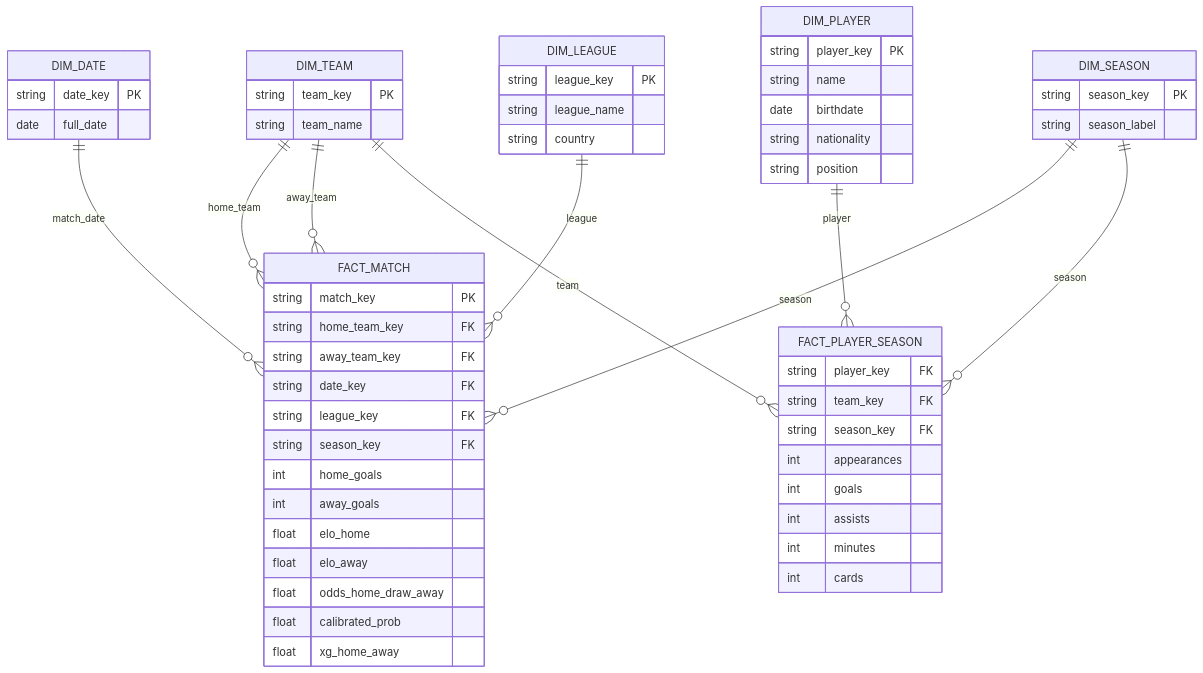
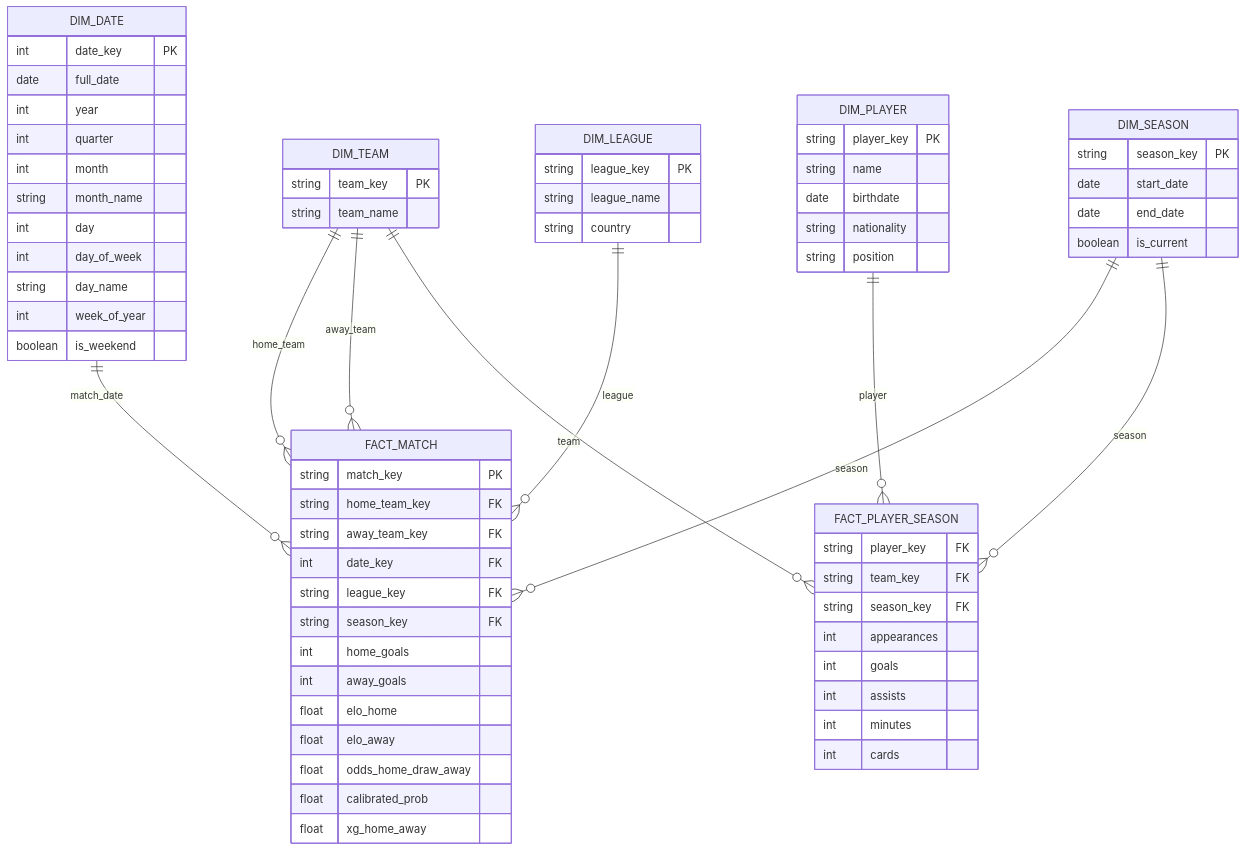
The second of 2 diagrams in README.md (adamwillner/stryktipset-project-databricks), drawn with Mermaid before and after one commit. The commit also changed other lines of this file and 2 other files, not shown here.

Commit message:
Updated readme and context

````diff
--- a/README.md
+++ b/README.md
@@ -17,62 +17,73 @@
 ```mermaid
 erDiagram
     DIM_TEAM ||--o{ FACT_MATCH : "home_team"
     DIM_TEAM ||--o{ FACT_MATCH : "away_team"
     DIM_DATE ||--o{ FACT_MATCH : "match_date"
     DIM_LEAGUE ||--o{ FACT_MATCH : "league"
     DIM_SEASON ||--o{ FACT_MATCH : "season"
 
     DIM_PLAYER ||--o{ FACT_PLAYER_SEASON : "player"
     DIM_TEAM ||--o{ FACT_PLAYER_SEASON : "team"
     DIM_SEASON ||--o{ FACT_PLAYER_SEASON : "season"
 
     DIM_TEAM {
         string team_key PK
         string team_name
     }
     DIM_DATE {
-        string date_key PK
+        int date_key PK
         date full_date
+        int year
+        int quarter
+        int month
+        string month_name
+        int day
+        int day_of_week
+        string day_name
+        int week_of_year
+        boolean is_weekend
     }
     DIM_LEAGUE {
         string league_key PK
         string league_name
         string country
     }
     DIM_SEASON {
         string season_key PK
-        string season_label
+        date start_date
+        date end_date
+        boolean is_current
     }
     DIM_PLAYER {
         string player_key PK
         string name
         date birthdate
         string nationality
         string position
     }
     FACT_MATCH {
         string match_key PK
         string home_team_key FK
         string away_team_key FK
-        string date_key FK
+        int date_key FK
         string league_key FK
         string season_key FK
         int home_goals
         int away_goals
         float elo_home
         float elo_away
         float odds_home_draw_away
         float calibrated_prob
         float xg_home_away
     }
     FACT_PLAYER_SEASON {
         string player_key FK
         string team_key FK
         string season_key FK
         int appearances
         int goals
         int assists
         int minutes
         int cards
     }
 ```
````
